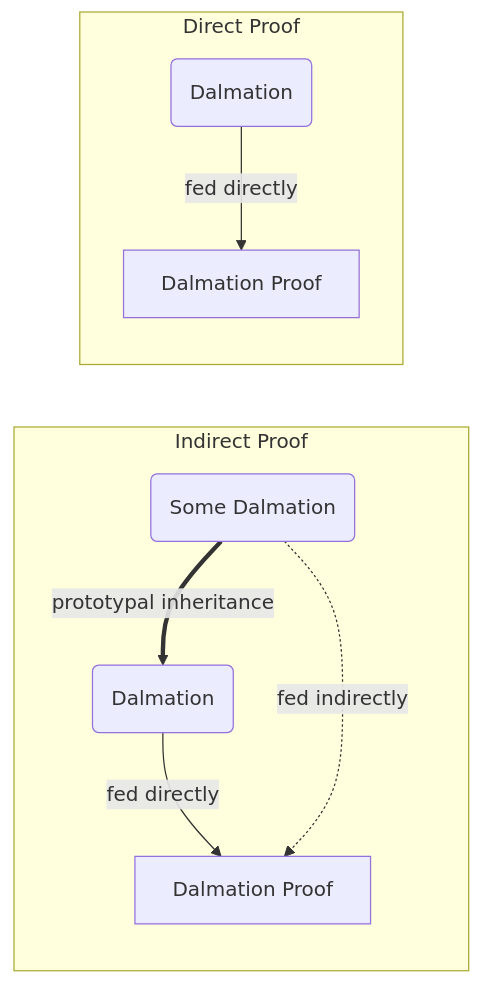
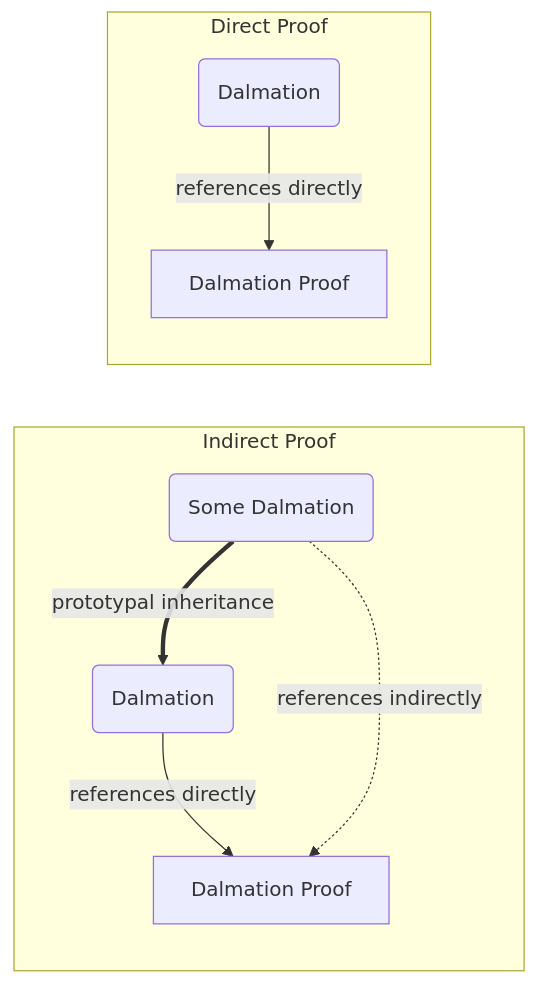
The first of 5 diagrams in source/whitepaper.org (unrival-protocol/documentation), drawn with Mermaid before and after one commit. The commit also changed other lines of this file and 2 other files, not shown here.

```diff
--- a/source/whitepaper.org
+++ b/source/whitepaper.org
@@ -182,12 +174,12 @@
 #+begin_src mermaid :css-file ./mermaid-styles.css  :file static/images/proofs.svg
 graph LR
  
         subgraph "Indirect Proof"
-    C(Dalmation) --> |fed directly| D[Dalmation Proof]
-    E(Some Dalmation) -.-> | fed indirectly | D
+    C(Dalmation) --> |references directly| D[Dalmation Proof]
+    E(Some Dalmation) -.-> | references indirectly | D
     E == prototypal inheritance ==> C
     end
        subgraph "Direct Proof"
-    A(Dalmation) --> |fed directly| B[Dalmation Proof]
+    A(Dalmation) --> |references directly| B[Dalmation Proof]
     end
 #+end_src
```
